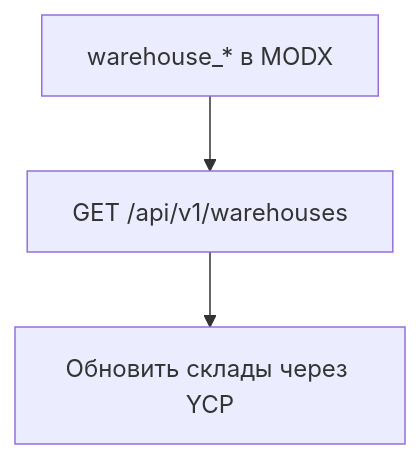
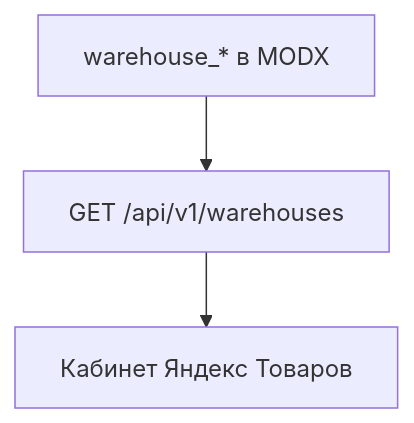
One commit to modx-pro/Docs changed the diagram in docs/components/msyandexcommerce/configuration.md. Above: the diagram before and after it, drawn with Mermaid. The commit also changed other lines of this file and 4 other files, not shown here.

````diff
--- a/docs/components/msyandexcommerce/configuration.md
+++ b/docs/components/msyandexcommerce/configuration.md
@@ -50,5 +52,5 @@
 ```mermaid
 flowchart TB
   Settings["warehouse_* в MODX"] --> Api["GET /api/v1/warehouses"]
-  Api --> Cabinet["Обновить склады через YCP"]
+  Api --> Cabinet["Кабинет Яндекс Товаров"]
 ```
````
